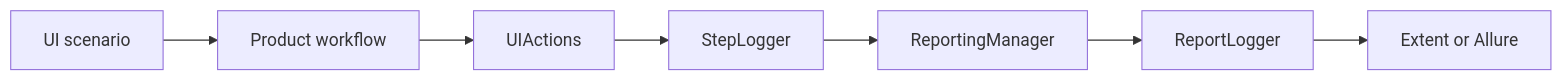
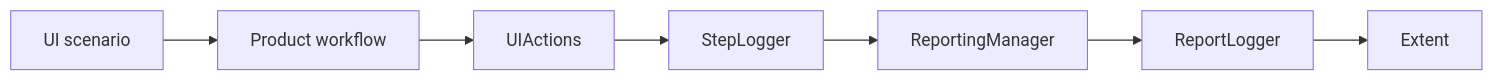
One commit to crististefanita/ATF_AI changed the second of 7 diagrams in docs/Living_Architecture_UI_API_doc_v1_0.md. Above: the diagram before and after it, drawn with Mermaid. The commit also changed other lines of this file and 111 other files, not shown here.

````diff
--- a/docs/Living_Architecture_UI_API_doc_v1_0.md
+++ b/docs/Living_Architecture_UI_API_doc_v1_0.md
@@ -383,9 +383,9 @@
 ```mermaid
 flowchart LR
     Test["UI scenario"] --> Workflow["Product workflow"]
     Workflow --> Actions["UIActions"]
     Actions --> Step["StepLogger"]
     Step --> Facade["ReportingManager"]
     Facade --> Logger["ReportLogger"]
-    Logger --> Backend["Extent or Allure"]
+    Logger --> Backend["Extent"]
 ```
````
